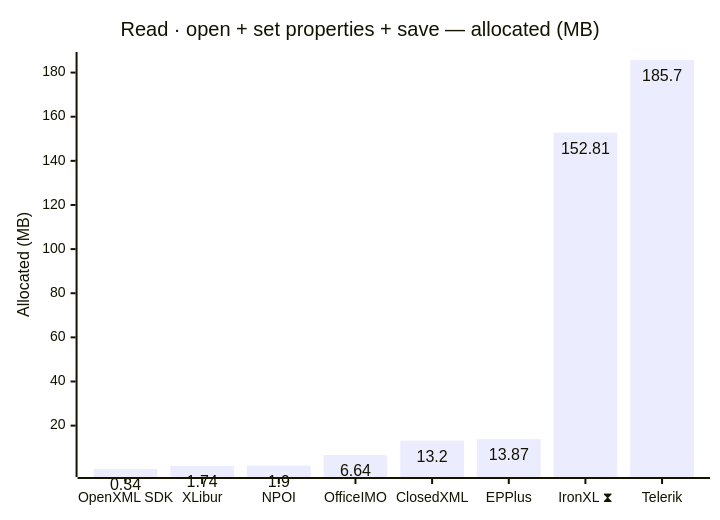
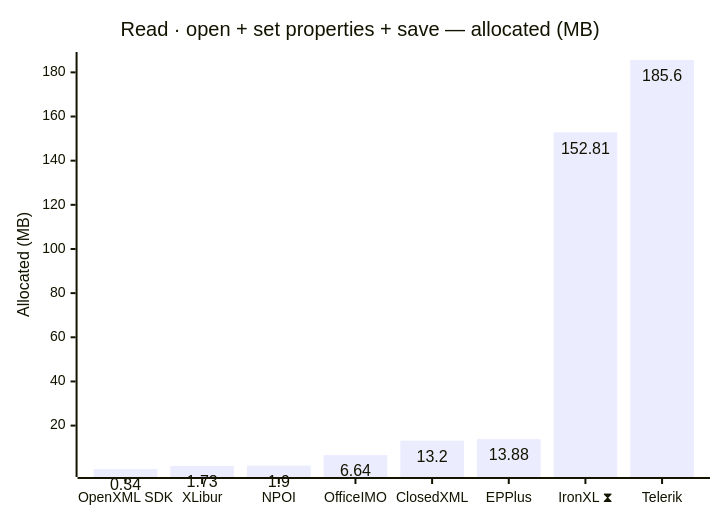
The second of 12 diagrams in docs/results.md (jafin/XLBench), drawn with Mermaid before and after one commit. The commit also changed other lines of this file and 1 other file, not shown here.

````diff
--- a/docs/results.md
+++ b/docs/results.md
@@ -55,12 +55,12 @@
 ```mermaid
 ---
 config:
   xyChart:
     showDataLabel: true
 ---
 xychart-beta
     title "Read · open + set properties + save — allocated (MB)"
     x-axis ["OpenXML SDK", "XLibur", "NPOI", "OfficeIMO", "ClosedXML", "EPPlus", "IronXL ⧗", "Telerik"]
     y-axis "Allocated (MB)"
-    bar [0.34, 1.74, 1.9, 6.64, 13.2, 13.87, 152.81, 185.7]
+    bar [0.34, 1.73, 1.9, 6.64, 13.2, 13.88, 152.81, 185.6]
 ```
````
